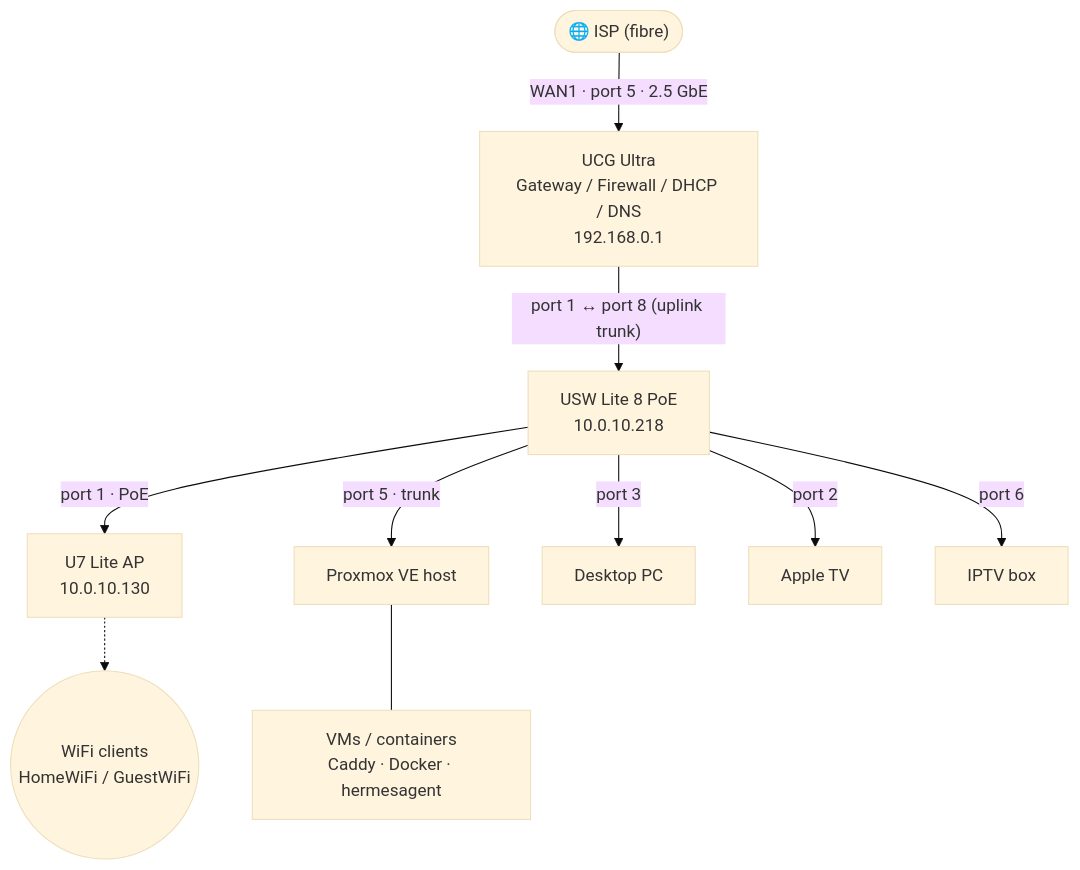
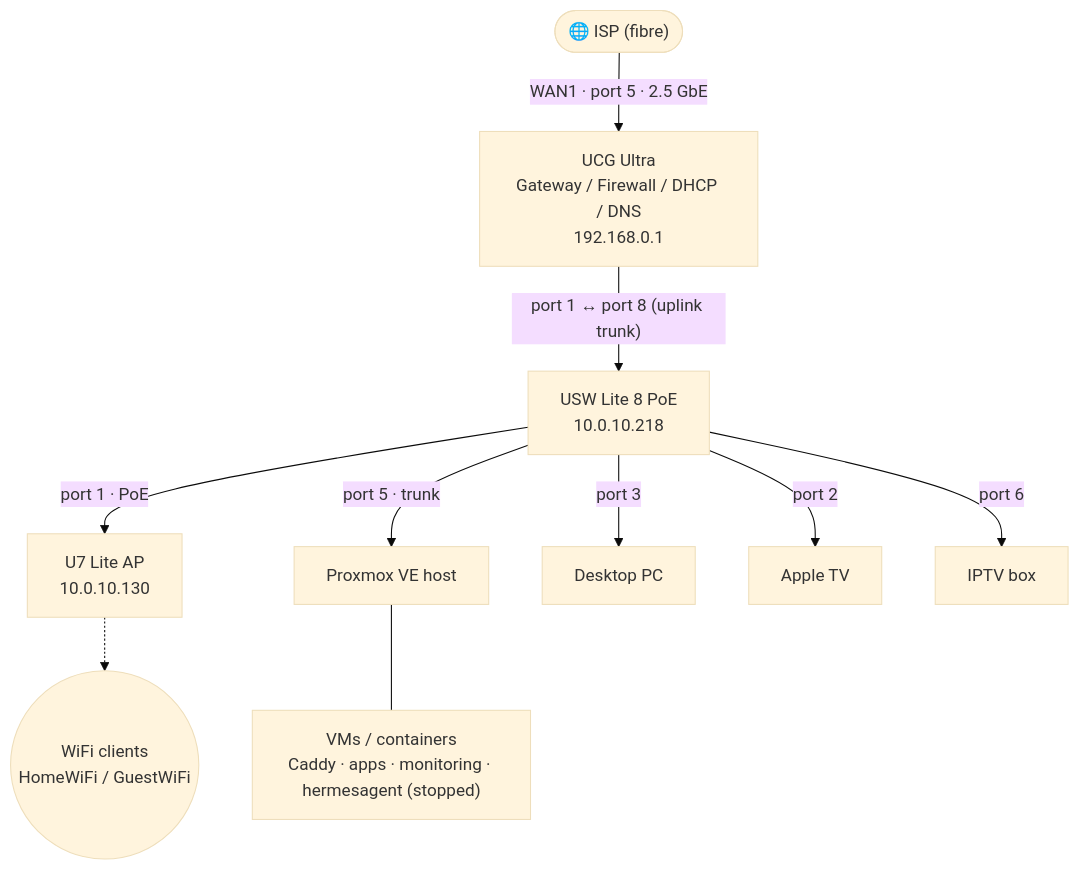
The first of 2 diagrams in README.md (shaaz-f/home-server), drawn with Mermaid (base theme) before and after one commit. The commit also changed other lines of this file and 5 other files, not shown here.

First line of the commit message:
Document DMZ zone, monitoring and apps VMs

````diff
--- a/README.md
+++ b/README.md
@@ -26,23 +26,23 @@
 ```mermaid
 flowchart TD
     ISP(["🌐 ISP (fibre)"])
     GW["UCG Ultra<br/>Gateway / Firewall / DHCP / DNS<br/>192.168.0.1"]
     SW["USW Lite 8 PoE<br/>10.0.10.218"]
     AP["U7 Lite AP<br/>10.0.10.130"]
     PVE["Proxmox VE host"]
     PC["Desktop PC"]
     ATV["Apple TV"]
     OTV["IPTV box"]
     WIFI(("WiFi clients<br/>HomeWiFi / GuestWiFi"))
-    VMS["VMs / containers<br/>Caddy · Docker · hermesagent"]
+    VMS["VMs / containers<br/>Caddy · apps · monitoring · hermesagent (stopped)"]
 
     ISP -- "WAN1 · port 5 · 2.5 GbE" --> GW
     GW -- "port 1 ↔ port 8 (uplink trunk)" --> SW
     SW -- "port 1 · PoE" --> AP
     SW -- "port 2" --> ATV
     SW -- "port 3" --> PC
     SW -- "port 5 · trunk" --> PVE
     SW -- "port 6" --> OTV
     AP -.-> WIFI
     PVE --- VMS
 ```
````
